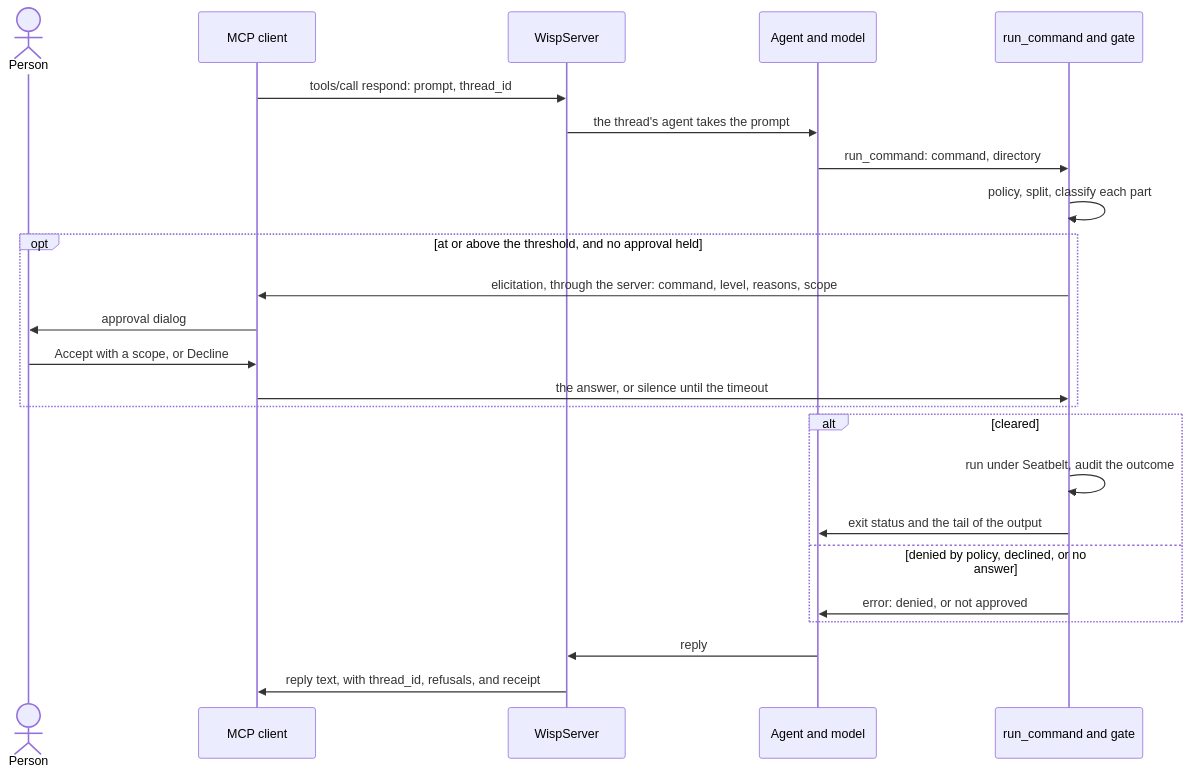
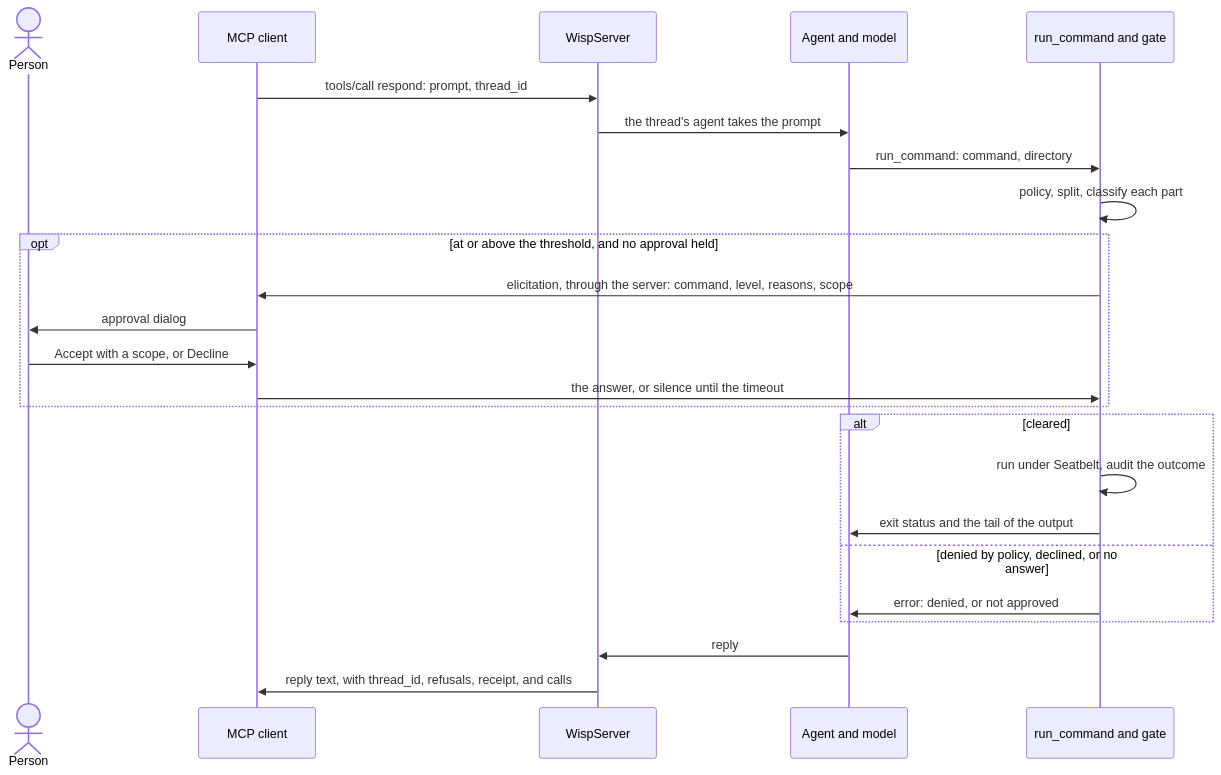
The first of 2 diagrams in docs/mcp.md (pidster/wisp), drawn with Mermaid before and after one commit. The commit also changed other lines of this file and 11 other files, not shown here.

````diff
--- a/docs/mcp.md
+++ b/docs/mcp.md
@@ -190,26 +221,26 @@
 ```mermaid
 sequenceDiagram
     actor person as Person
     participant client as MCP client
     participant server as WispServer
     participant model as Agent and model
     participant run as run_command and gate
     client->>server: tools/call respond: prompt, thread_id
     server->>model: the thread's agent takes the prompt
     model->>run: run_command: command, directory
     run->>run: policy, split, classify each part
     opt at or above the threshold, and no approval held
         run->>client: elicitation, through the server: command, level, reasons, scope
         client->>person: approval dialog
         person->>client: Accept with a scope, or Decline
         client->>run: the answer, or silence until the timeout
     end
     alt cleared
         run->>run: run under Seatbelt, audit the outcome
         run->>model: exit status and the tail of the output
     else denied by policy, declined, or no answer
         run->>model: error: denied, or not approved
     end
     model->>server: reply
-    server->>client: reply text, with thread_id, refusals, and receipt
+    server->>client: reply text, with thread_id, refusals, receipt, and calls
 ```
````
